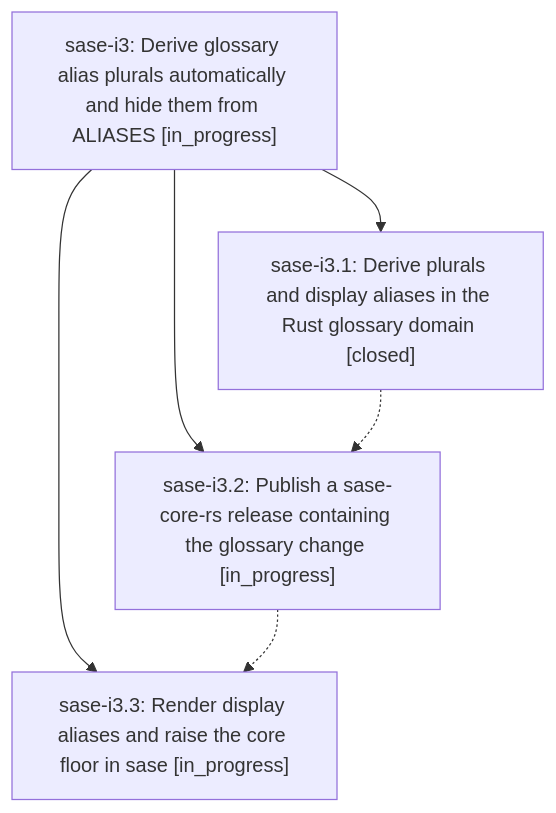
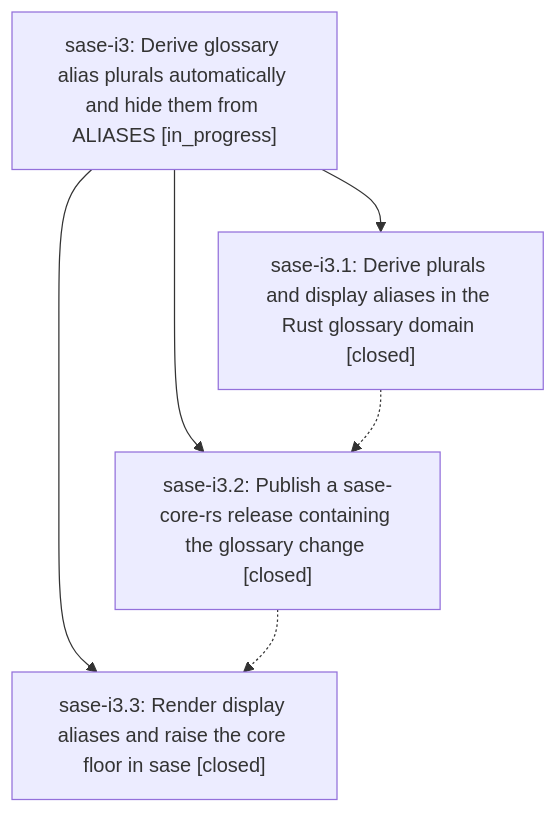
The diagram in pages/sase-i3/README.md (sase-org/sase--beads), drawn with Mermaid before and after one commit. The commit also changed other lines of this file and 3 other files, not shown here.

````diff
--- a/pages/sase-i3/README.md
+++ b/pages/sase-i3/README.md
@@ -24,12 +24,12 @@
 ```mermaid
 flowchart TD
     n0["sase-i3: Derive glossary alias plurals automatically and hide them from ALIASES [in_progress]"]
     n1["sase-i3.1: Derive plurals and display aliases in the Rust glossary domain [closed]"]
-    n2["sase-i3.2: Publish a sase-core-rs release containing the glossary change [in_progress]"]
-    n3["sase-i3.3: Render display aliases and raise the core floor in sase [in_progress]"]
+    n2["sase-i3.2: Publish a sase-core-rs release containing the glossary change [closed]"]
+    n3["sase-i3.3: Render display aliases and raise the core floor in sase [closed]"]
     n0 --> n1
     n0 --> n2
     n0 --> n3
     n1 -.-> n2
     n2 -.-> n3
 ```
````
